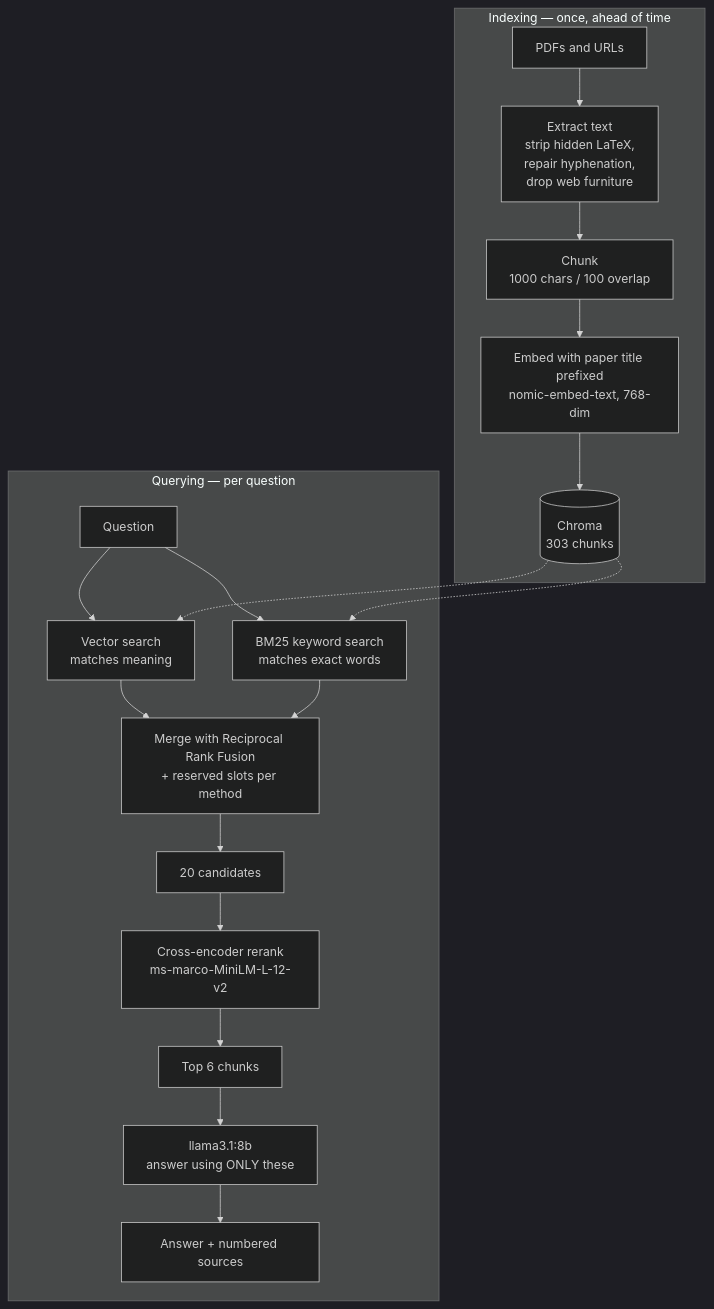
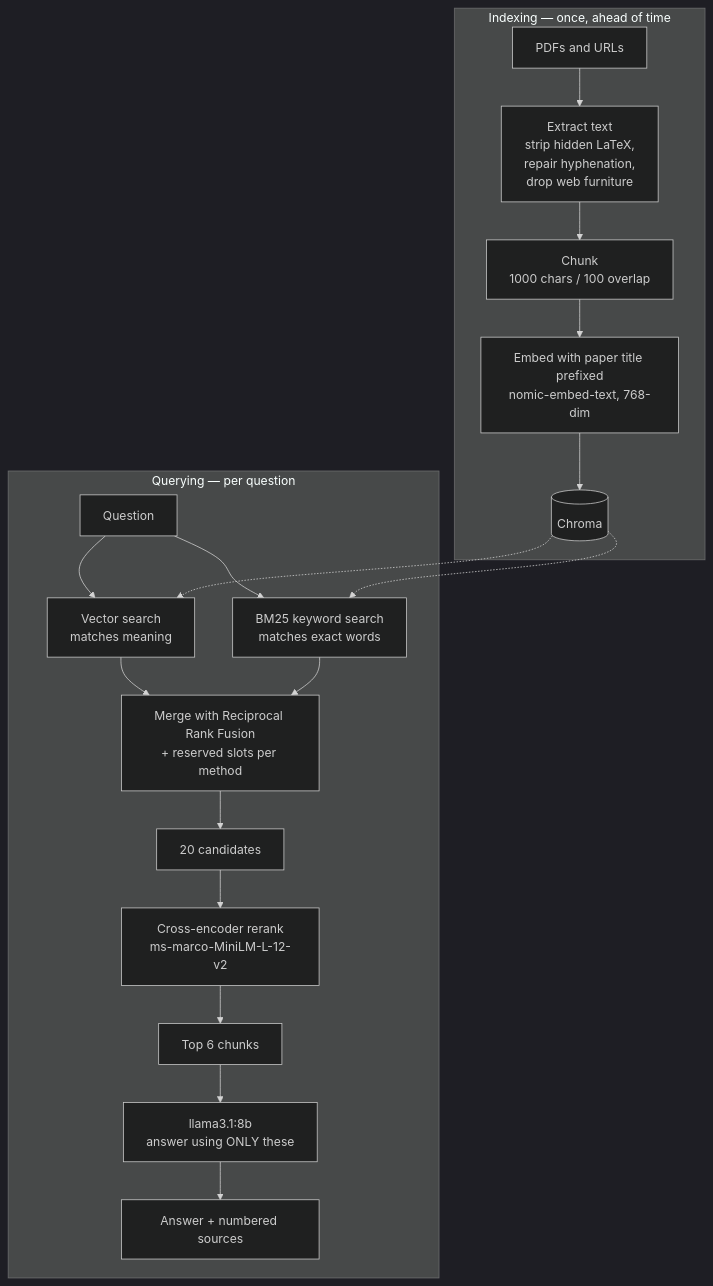
Before and after one commit to KarlSequeira20/RAG: the diagram in README.md, drawn with Mermaid (dark theme). The commit also changed other lines of this file, not shown here.

````diff
--- a/README.md
+++ b/README.md
@@ -91,23 +91,23 @@
 ```mermaid
 flowchart TD
     subgraph INDEX ["Indexing — once, ahead of time"]
         A[PDFs and URLs] --> B[Extract text<br/>strip hidden LaTeX,<br/>repair hyphenation,<br/>drop web furniture]
         B --> C[Chunk<br/>1000 chars / 100 overlap]
         C --> D[Embed with paper title prefixed<br/>nomic-embed-text, 768-dim]
-        D --> E[(Chroma<br/>303 chunks)]
+        D --> E[(Chroma)]
     end
 
     subgraph QUERY ["Querying — per question"]
         Q[Question] --> V[Vector search<br/>matches meaning]
         Q --> K[BM25 keyword search<br/>matches exact words]
         V --> R[Merge with Reciprocal Rank Fusion<br/>+ reserved slots per method]
         K --> R
         E -.-> V
         E -.-> K
         R --> X[20 candidates]
         X --> CE[Cross-encoder rerank<br/>ms-marco-MiniLM-L-12-v2]
         CE --> T[Top 6 chunks]
         T --> L[llama3.1:8b<br/>answer using ONLY these]
         L --> ANS[Answer + numbered sources]
     end
 ```
````
